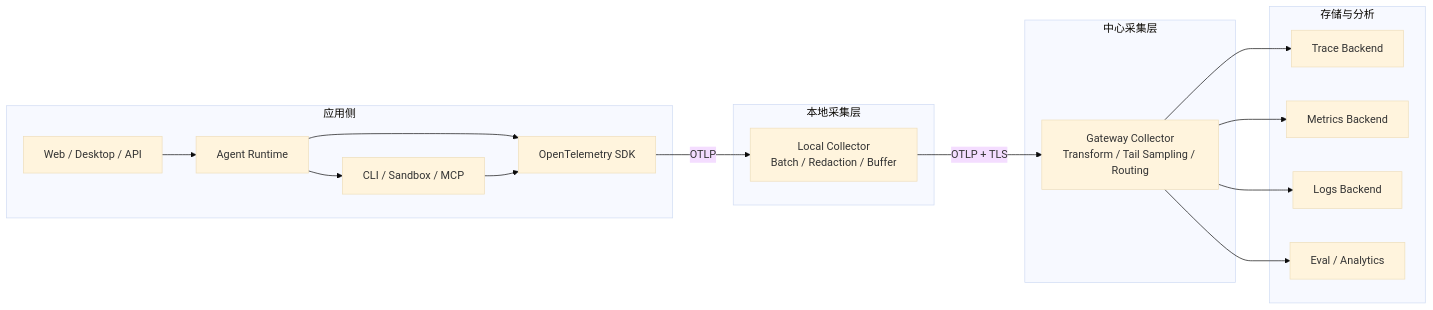
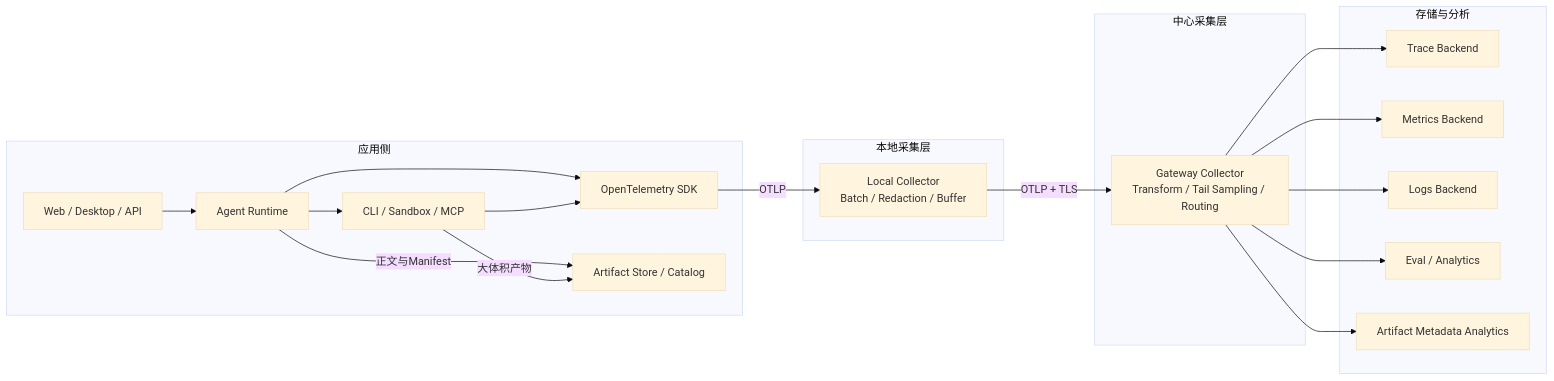
Diagram 20 of 20 in 附录/附录07-OpenTelemetry详解.md (cdavid817/agent-book), drawn with Mermaid (base theme) before and after one commit. The commit also changed other lines of this file, not shown here.

````diff
--- a/附录/附录07-OpenTelemetry详解.md
+++ b/附录/附录07-OpenTelemetry详解.md
@@ -3886,35 +8889,40 @@
 ```mermaid
 flowchart LR
     subgraph Client["应用侧"]
         UI["Web / Desktop / API"]
         RT["Agent Runtime"]
         CLI["CLI / Sandbox / MCP"]
         SDK["OpenTelemetry SDK"]
         UI --> RT
         RT --> CLI
         RT --> SDK
         CLI --> SDK
+        AS["Artifact Store / Catalog"]
+        RT -->|"正文与Manifest"| AS
+        CLI -->|"大体积产物"| AS
     end
 
     subgraph Local["本地采集层"]
         LC["Local Collector<br/>Batch / Redaction / Buffer"]
     end
 
     subgraph Gateway["中心采集层"]
         GC["Gateway Collector<br/>Transform / Tail Sampling / Routing"]
     end
 
     subgraph Backend["存储与分析"]
         T["Trace Backend"]
         M["Metrics Backend"]
         L["Logs Backend"]
         E["Eval / Analytics"]
+        X["Artifact Metadata Analytics"]
     end
 
     SDK -->|"OTLP"| LC
     LC -->|"OTLP + TLS"| GC
     GC --> T
     GC --> M
     GC --> L
     GC --> E
+    GC --> X
 ```
````
